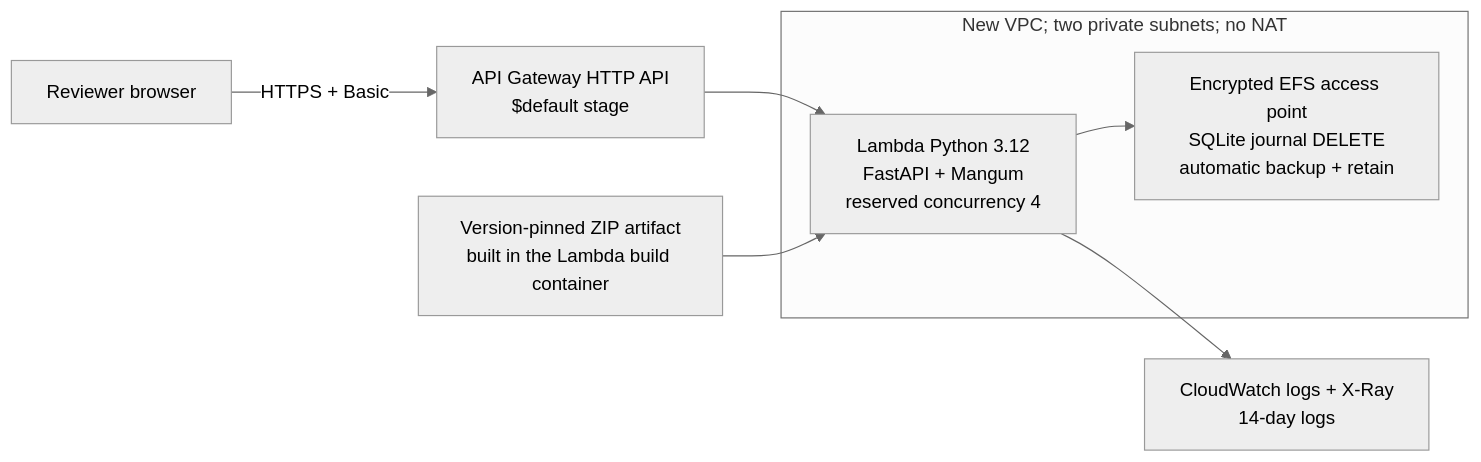
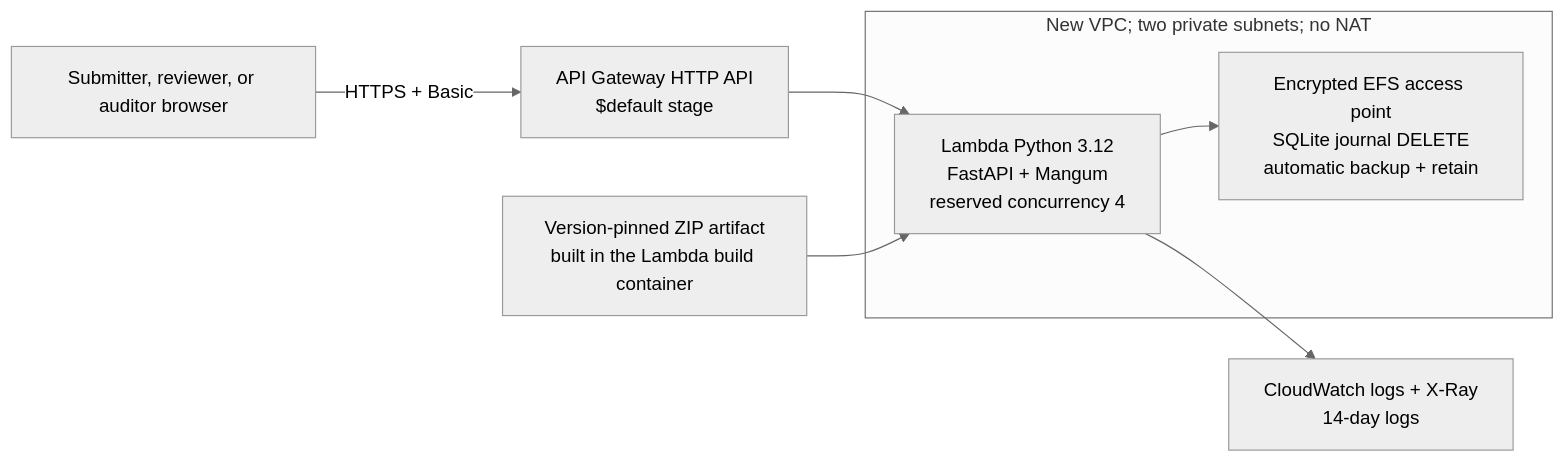
The diagram in deploy/aws/README.md (Dev-Luigy/automation_luigygabriel), drawn with Mermaid (neutral theme) before and after one commit. The commit also changed other lines of this file and 4 other files, not shown here.

````diff
--- a/deploy/aws/README.md
+++ b/deploy/aws/README.md
@@ -19,12 +19,12 @@
 ```mermaid
 flowchart LR
-    Reviewer["Reviewer browser"] -->|"HTTPS + Basic"| API["API Gateway HTTP API\n$default stage"]
+    Users["Submitter, reviewer, or auditor browser"] -->|"HTTPS + Basic"| API["API Gateway HTTP API\n$default stage"]
     API --> Lambda["Lambda Python 3.12\nFastAPI + Mangum\nreserved concurrency 4"]
     Lambda --> EFS["Encrypted EFS access point\nSQLite journal DELETE\nautomatic backup + retain"]
     Lambda --> Logs["CloudWatch logs + X-Ray\n14-day logs"]
     subgraph VPC["New VPC; two private subnets; no NAT"]
         Lambda
         EFS
     end
     Build["Version-pinned ZIP artifact\nbuilt in the Lambda build container"] --> Lambda
 ```
````
